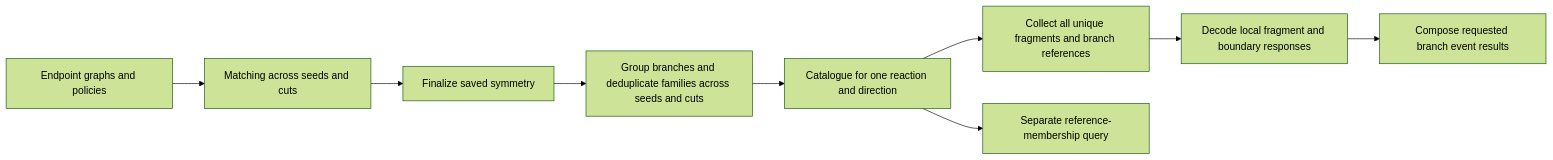
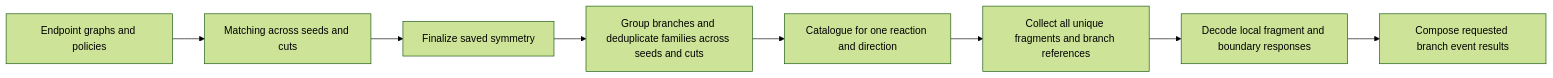
The first of 4 diagrams in design.md (yunhzou/MAPPA-AAM), drawn with Mermaid (forest theme) before and after one commit. The commit also changed other lines of this file and 15 other files, not shown here.

````diff
--- a/design.md
+++ b/design.md
@@ -11,11 +11,10 @@
 ```mermaid
 flowchart LR
     Input[Endpoint graphs and policies] --> Matching[Matching across seeds and cuts]
     Matching --> Finalize[Finalize saved symmetry]
     Finalize --> Reduce[Group branches and deduplicate families across seeds and cuts]
     Reduce --> Catalogue[Catalogue for one reaction and direction]
     Catalogue --> Inventory[Collect all unique fragments and branch references]
     Inventory --> Local[Decode local fragment and boundary responses]
     Local --> Compose[Compose requested branch event results]
-    Catalogue --> Verify[Separate reference-membership query]
 ```
````
